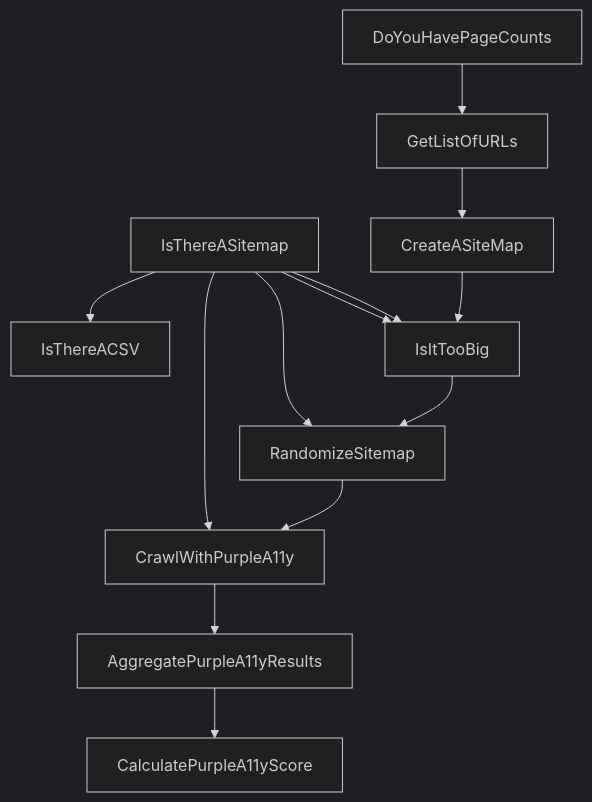
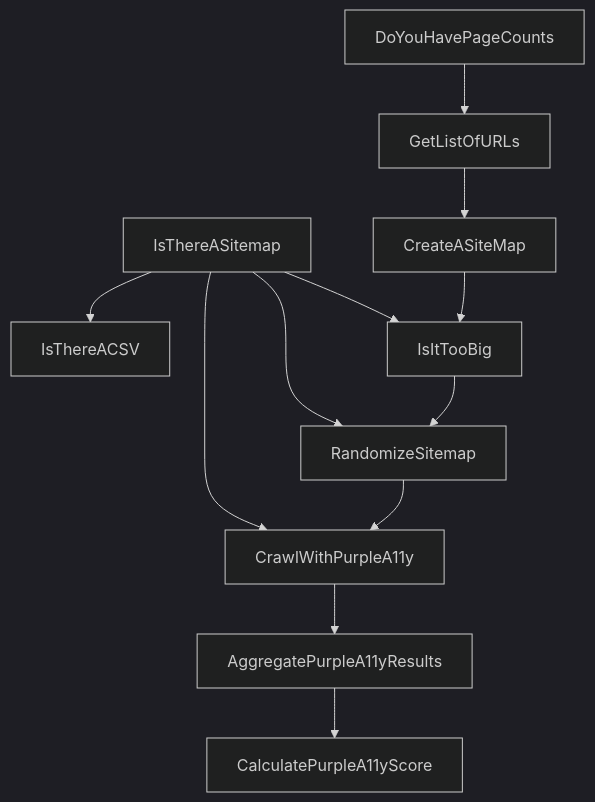
Before and after one commit to mgifford/purple-a11y: the diagram in sitemap-tools/decision-tree.md, drawn with Mermaid (dark theme).

````diff
--- a/sitemap-tools/decision-tree.md
+++ b/sitemap-tools/decision-tree.md
@@ -3,16 +3,15 @@
 ```mermaid
 graph TD;
     IsThereASitemap-->IsThereACSV;
     DoYouHavePageCounts-->GetListOfURLs;
     GetListOfURLs-->CreateASiteMap;
     IsThereASitemap-->CrawlWithPurpleA11y;
     IsThereASitemap-->IsItTooBig;
     IsThereASitemap-->RandomizeSitemap;
-    IsThereASitemap-->IsItTooBig;
     CreateASiteMap-->IsItTooBig;
     IsItTooBig-->RandomizeSitemap;
     RandomizeSitemap-->CrawlWithPurpleA11y;
     CrawlWithPurpleA11y-->AggregatePurpleA11yResults;
     AggregatePurpleA11yResults-->CalculatePurpleA11yScore
 
 ```
````
